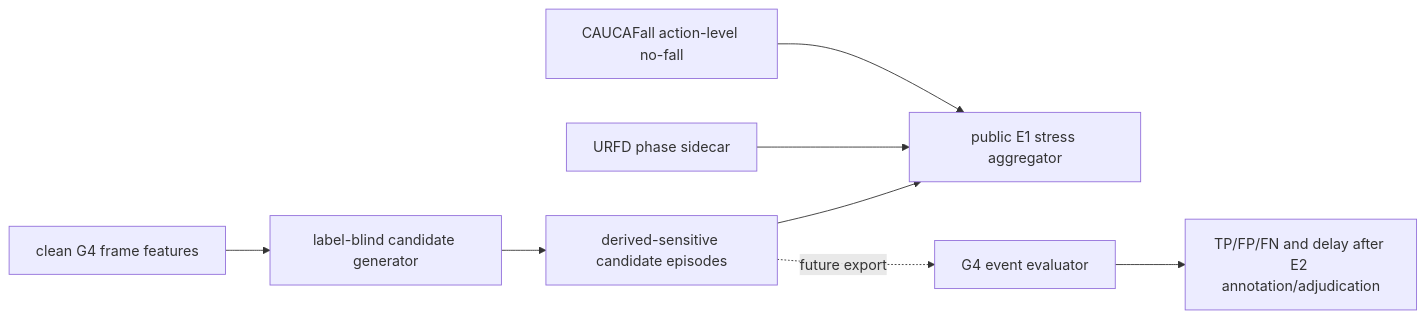
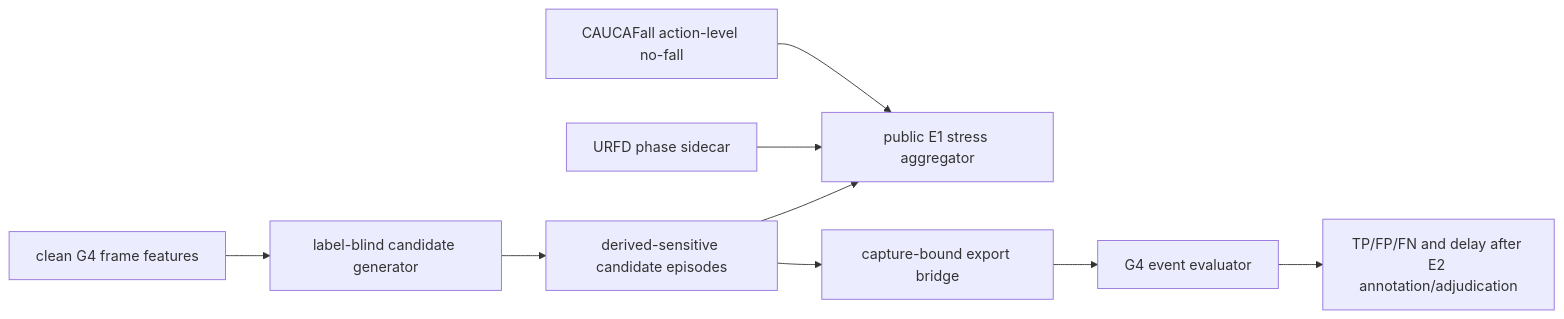
The diagram in docs/v1-g4-fall-event-candidates.md (a1443356159/kangshield), drawn with Mermaid before and after one commit. The commit also changed other lines of this file and 16 other files, not shown here.

Commit message:
feat: bridge capture features to fall candidates

````diff
--- a/docs/v1-g4-fall-event-candidates.md
+++ b/docs/v1-g4-fall-event-candidates.md
@@ -19,10 +19,11 @@
 ```mermaid
 flowchart LR
     A[clean G4 frame features] --> B[label-blind candidate generator]
     B --> C[derived-sensitive candidate episodes]
     C --> D[public E1 stress aggregator]
     E[URFD phase sidecar] --> D
     F[CAUCAFall action-level no-fall] --> D
-    C -. future export .-> G[G4 event evaluator]
+    C --> X[capture-bound export bridge]
+    X --> G[G4 event evaluator]
     G --> H[TP/FP/FN and delay after E2 annotation/adjudication]
 ```
````
